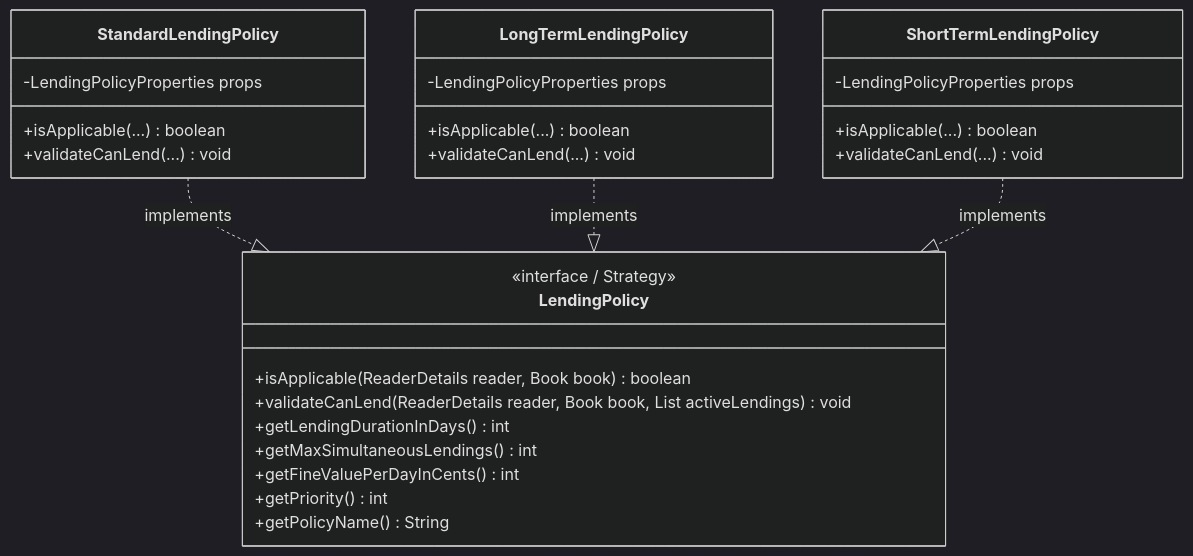
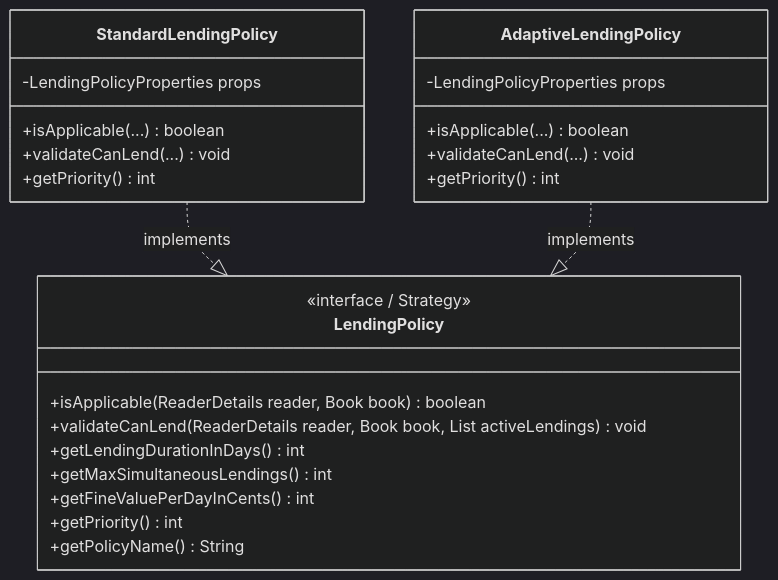
The fourth of 4 diagrams in Docs/ARQSOFT/system-to-be/architectural-patterns.md (RafaelBrandao04/psoft-project-2026-1), drawn with Mermaid (dark theme) before and after one commit. The commit also changed other lines of this file and 6 other files, not shown here.

Commit message:
docs(arqsoft): align architecture documentation with moodle evaluation criteria (C1-C4)

````diff
--- a/Docs/ARQSOFT/system-to-be/architectural-patterns.md
+++ b/Docs/ARQSOFT/system-to-be/architectural-patterns.md
@@ -186,33 +186,29 @@
 ```mermaid
 classDiagram
     direction TB
     class LendingPolicy {
         <<interface / Strategy>>
         +isApplicable(ReaderDetails reader, Book book) boolean
         +validateCanLend(ReaderDetails reader, Book book, List activeLendings) void
         +getLendingDurationInDays() int
         +getMaxSimultaneousLendings() int
         +getFineValuePerDayInCents() int
         +getPriority() int
         +getPolicyName() String
     }
     class StandardLendingPolicy {
         -LendingPolicyProperties props
         +isApplicable(...) boolean
         +validateCanLend(...) void
+        +getPriority() int
     }
-    class LongTermLendingPolicy {
+    class AdaptiveLendingPolicy {
         -LendingPolicyProperties props
         +isApplicable(...) boolean
         +validateCanLend(...) void
-    }
-    class ShortTermLendingPolicy {
-        -LendingPolicyProperties props
-        +isApplicable(...) boolean
-        +validateCanLend(...) void
+        +getPriority() int
     }
 
     StandardLendingPolicy ..|> LendingPolicy : implements
-    LongTermLendingPolicy ..|> LendingPolicy : implements
-    ShortTermLendingPolicy ..|> LendingPolicy : implements
+    AdaptiveLendingPolicy ..|> LendingPolicy : implements
 ```
````
